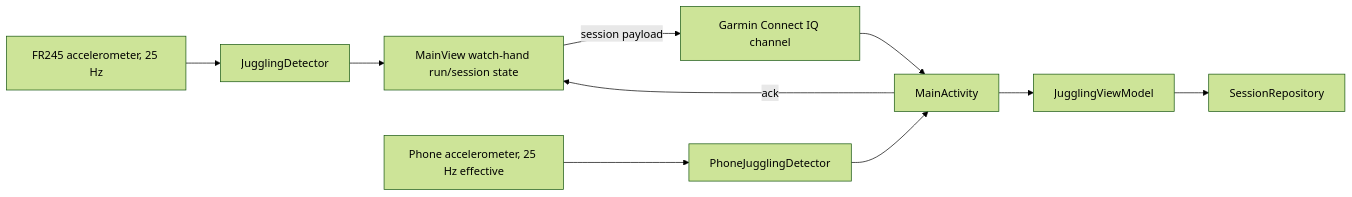
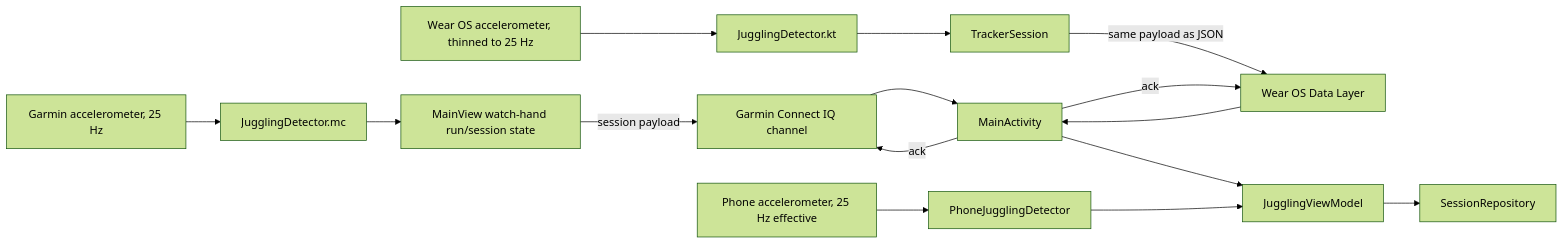
The diagram in README.md (jumlauft/JugglingTracker), drawn with Mermaid (forest theme) before and after one commit. The commit also changed other lines of this file and 11 other files, not shown here.

````diff
--- a/README.md
+++ b/README.md
@@ -31,12 +34,17 @@
 ```mermaid
 flowchart LR
-    A[FR245 accelerometer, 25 Hz] --> B[JugglingDetector]
+    A[Garmin accelerometer, 25 Hz] --> B[JugglingDetector.mc]
     B --> C[MainView watch-hand run/session state]
     C -->|session payload| D[Garmin Connect IQ channel]
     D --> E[MainActivity]
+    W[Wear OS accelerometer, thinned to 25 Hz] --> X[JugglingDetector.kt]
+    X --> Y[TrackerSession]
+    Y -->|same payload as JSON| Z[Wear OS Data Layer]
+    Z --> E
+    E --> F[JugglingViewModel]
     P[Phone accelerometer, 25 Hz effective] --> Q[PhoneJugglingDetector]
-    Q --> E
-    E --> F[JugglingViewModel]
+    Q --> F
     F --> G[SessionRepository]
-    E -->|ack| C
+    E -->|ack| D
+    E -->|ack| Z
 ```
````
